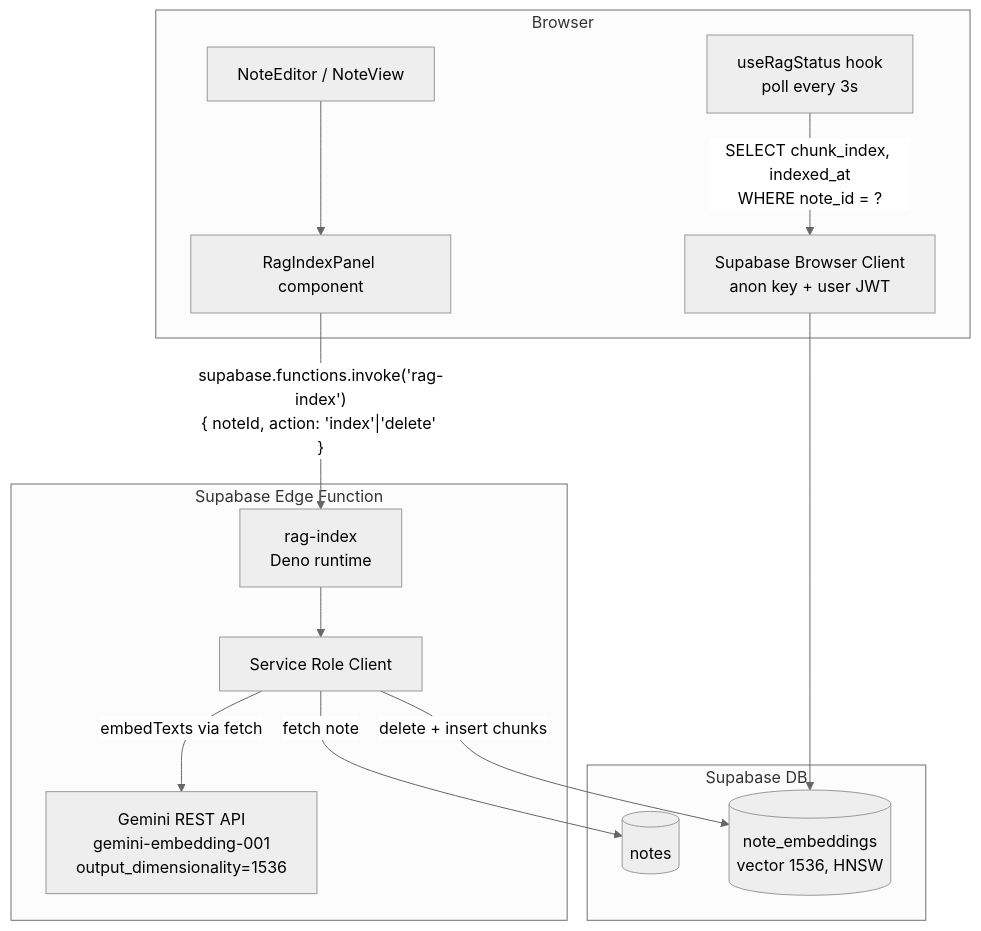
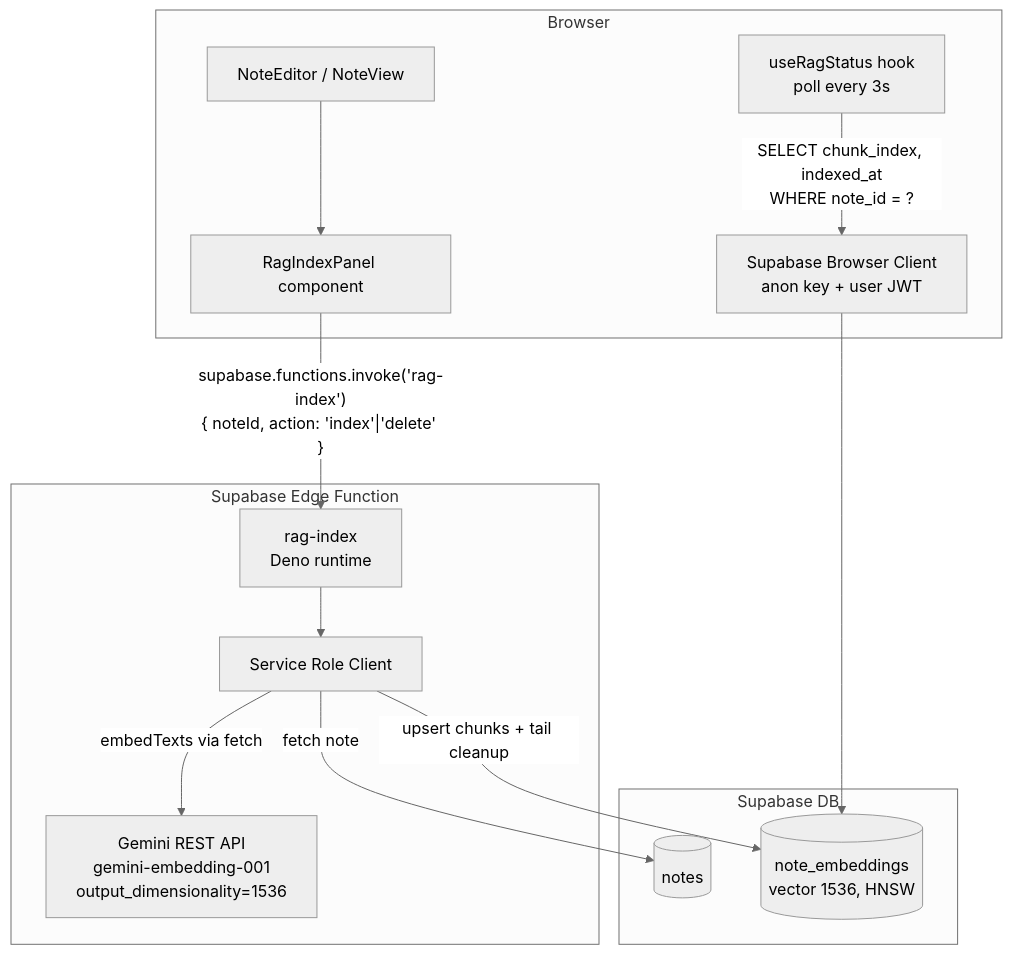
One commit to koreyba/EverFreeNote changed the diagram in docs/ai/design/feature-rag-note-indexing-ui.md. Above: the diagram before and after it, drawn with Mermaid (neutral theme). The commit also changed other lines of this file and 7 other files, not shown here.

````diff
--- a/docs/ai/design/feature-rag-note-indexing-ui.md
+++ b/docs/ai/design/feature-rag-note-indexing-ui.md
@@ -11,29 +11,29 @@
 ```mermaid
 graph TD
     subgraph Browser
         NE[NoteEditor / NoteView]
         RIP[RagIndexPanel component]
         HOOK[useRagStatus hook\npoll every 3s]
         SC[Supabase Browser Client\nanon key + user JWT]
     end
 
     subgraph Supabase Edge Function
         EF[rag-index\nDeno runtime]
         ADMIN[Service Role Client]
         GEMINI[Gemini REST API\ngemini-embedding-001\noutput_dimensionality=1536]
     end
 
     subgraph Supabase DB
         NE_TBL[(notes)]
         EMB_TBL[(note_embeddings\nvector 1536, HNSW)]
     end
 
     NE --> RIP
     RIP -->|"supabase.functions.invoke('rag-index')\n{ noteId, action: 'index'|'delete' }"| EF
     HOOK -->|"SELECT chunk_index, indexed_at\nWHERE note_id = ?"| SC
     SC --> EMB_TBL
     EF --> ADMIN
     ADMIN -->|fetch note| NE_TBL
     ADMIN -->|embedTexts via fetch| GEMINI
-    ADMIN -->|delete + insert chunks| EMB_TBL
+    ADMIN -->|upsert chunks + tail cleanup| EMB_TBL
 ```
````
